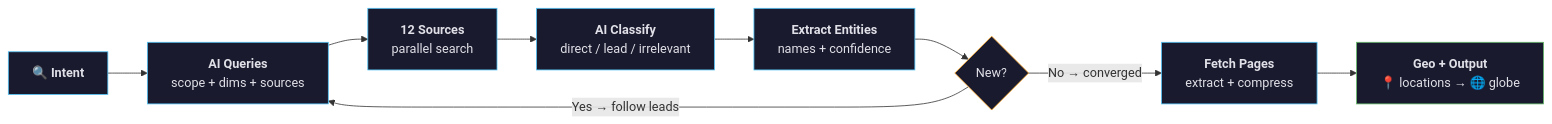
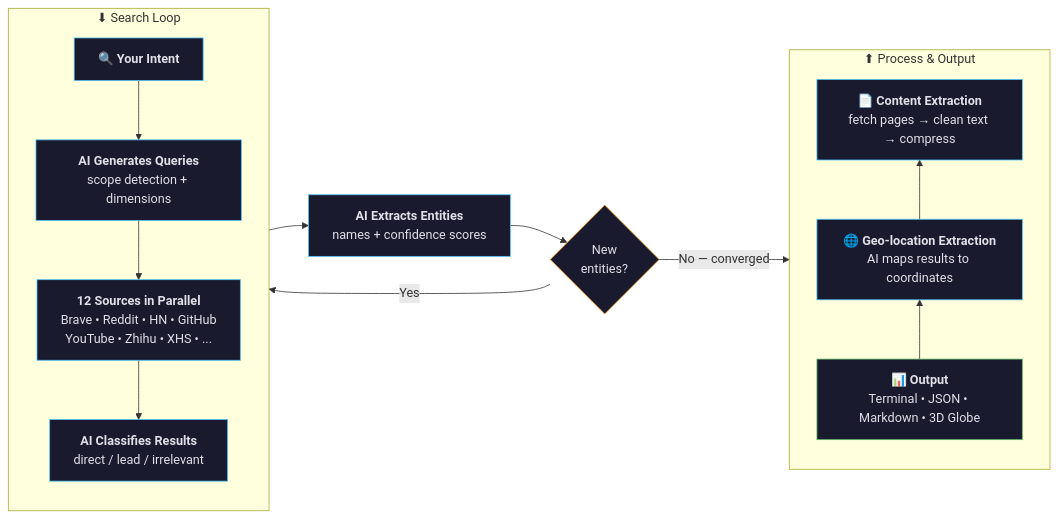
The first of 2 diagrams in README.md (Leooo-Huang/MoleMiner), drawn with Mermaid before and after one commit.

Commit message:
docs: U-shape pipeline diagram — left column down, right column up
Two subgraphs side-by-side:
- Left (⬇ Search Loop): Intent → Queries → 12 Sources → Classify
- Right (⬆ Process & Output): Content Extract → Geo → Output
- Middle: Extract Entities → New? → Yes loops back, No goes right
Same logic, half the vertical height, full width utilization.

````diff
--- a/README.md
+++ b/README.md
@@ -59,20 +59,31 @@
 ```mermaid
-graph LR
-    A["🔍 <b>Intent</b>"] --> B["<b>AI Queries</b><br/>scope + dims + sources"]
-    B --> C["<b>12 Sources</b><br/>parallel search"]
-    C --> D["<b>AI Classify</b><br/>direct / lead / irrelevant"]
-    D --> E["<b>Extract Entities</b><br/>names + confidence"]
-    E --> F{"New?"}
-    F -- "Yes → follow leads" --> B
-    F -- "No → converged" --> G["<b>Fetch Pages</b><br/>extract + compress"]
-    G --> H["<b>Geo + Output</b><br/>📍 locations → 🌐 globe"]
+flowchart LR
+    subgraph search["⬇ Search Loop"]
+        direction TB
+        A["🔍 <b>Your Intent</b>"] --> B["<b>AI Generates Queries</b><br/>scope detection + dimensions"]
+        B --> C["<b>12 Sources in Parallel</b><br/>Brave • Reddit • HN • GitHub<br/>YouTube • Zhihu • XHS • ..."]
+        C --> D["<b>AI Classifies Results</b><br/>direct / lead / irrelevant"]
+    end
+
+    D --> E["<b>AI Extracts Entities</b><br/>names + confidence scores"]
+    E --> F{"New<br/>entities?"}
+    F -- "Yes" --> B
+
+    subgraph output["⬆ Process & Output"]
+        direction BT
+        I["📊 <b>Output</b><br/>Terminal • JSON • Markdown • 3D Globe"] --> H["🌐 <b>Geo-location Extraction</b><br/>AI maps results to coordinates"]
+        H --> G["📄 <b>Content Extraction</b><br/>fetch pages → clean text → compress"]
+    end
+
+    F -- "No — converged" --> G
 
     style A fill:#1a1a2e,stroke:#4fc3f7,color:#e0e0e8
     style B fill:#1a1a2e,stroke:#4fc3f7,color:#e0e0e8
     style C fill:#1a1a2e,stroke:#4fc3f7,color:#e0e0e8
     style D fill:#1a1a2e,stroke:#4fc3f7,color:#e0e0e8
     style E fill:#1a1a2e,stroke:#4fc3f7,color:#e0e0e8
     style F fill:#1a1a2e,stroke:#ffa726,color:#e0e0e8
     style G fill:#1a1a2e,stroke:#4fc3f7,color:#e0e0e8
-    style H fill:#1a1a2e,stroke:#66bb6a,color:#e0e0e8
+    style H fill:#1a1a2e,stroke:#4fc3f7,color:#e0e0e8
+    style I fill:#1a1a2e,stroke:#66bb6a,color:#e0e0e8
 ```
````
